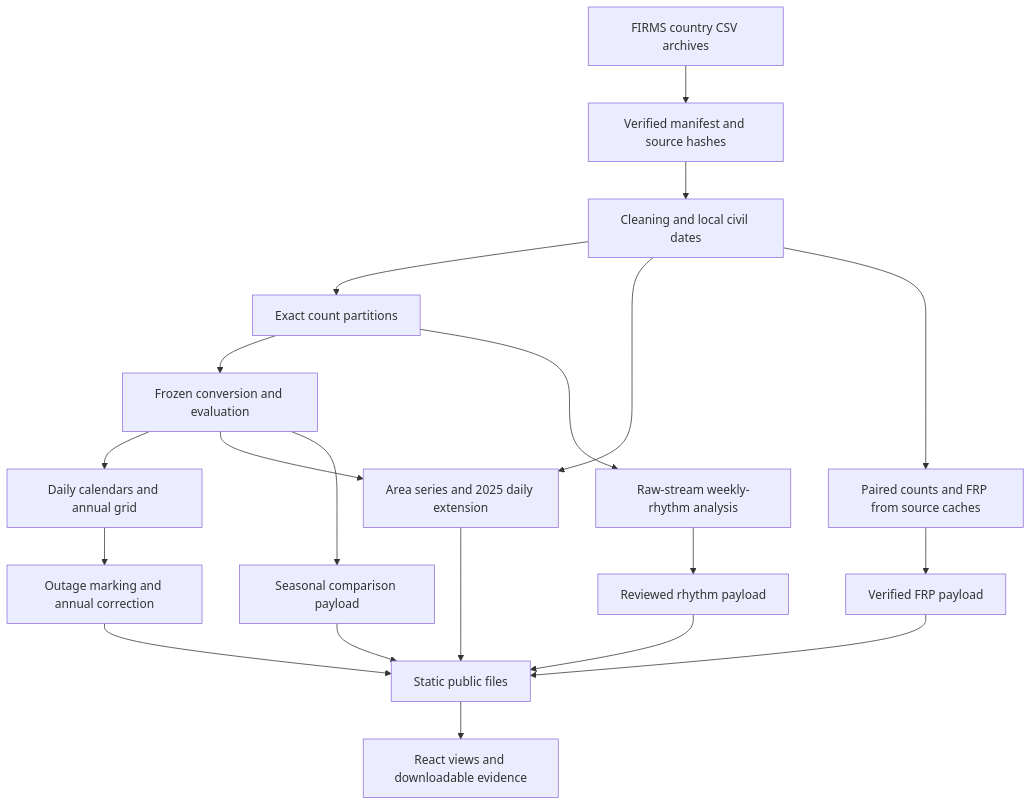
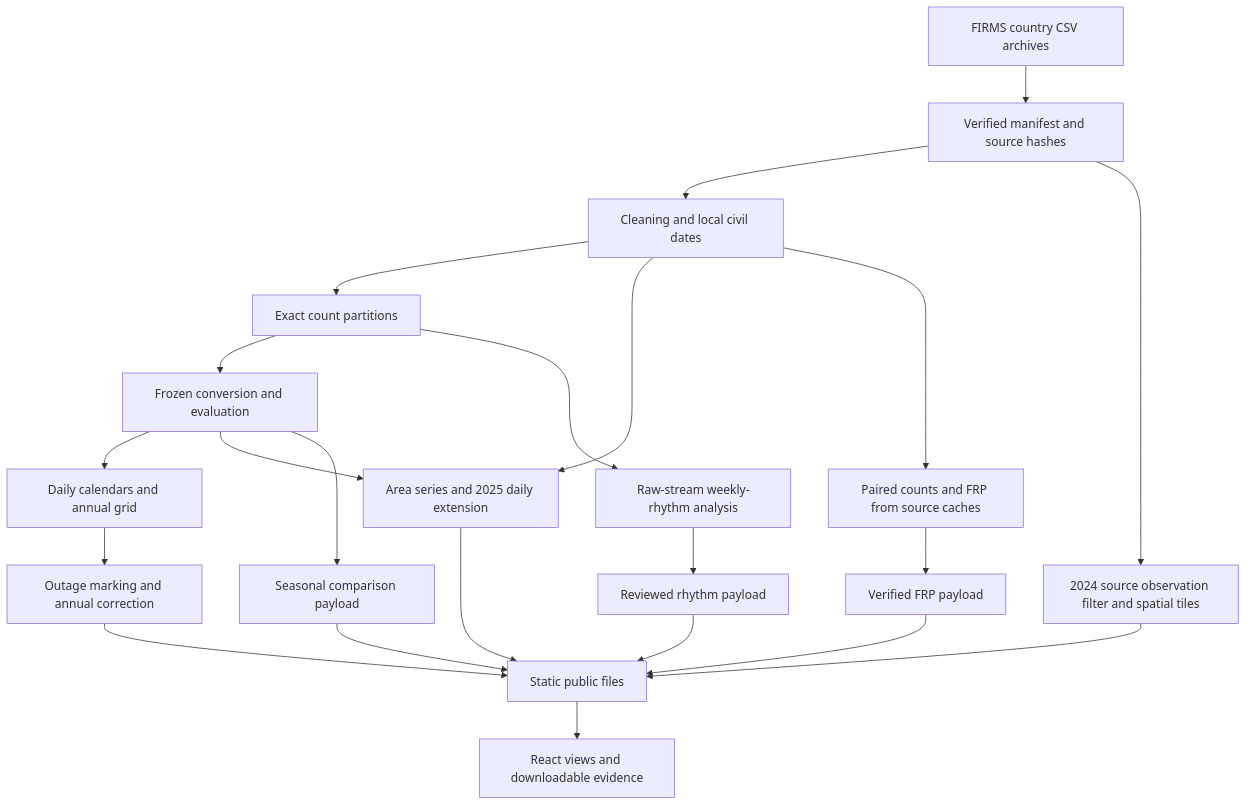
The diagram in docs/06-architecture.md (Water-Mal0ne/CINDERLINE), drawn with Mermaid before and after one commit. The commit also changed other lines of this file and 6 other files, not shown here.

````diff
--- a/docs/06-architecture.md
+++ b/docs/06-architecture.md
@@ -7,22 +7,24 @@
 ```mermaid
 flowchart TD
   A[FIRMS country CSV archives] --> B[Verified manifest and source hashes]
   B --> C[Cleaning and local civil dates]
   C --> D[Exact count partitions]
   D --> E[Frozen conversion and evaluation]
   E --> F[Daily calendars and annual grid]
   D --> G[Raw-stream weekly-rhythm analysis]
   E --> H[Area series and 2025 daily extension]
   C --> H
   F --> I[Outage marking and annual correction]
   G --> J[Reviewed rhythm payload]
   C --> P[Paired counts and FRP from source caches]
   P --> Q[Verified FRP payload]
   E --> K[Seasonal comparison payload]
   H --> L[Static public files]
   I --> L
   J --> L
   Q --> L
   K --> L
+  B --> R[2024 source observation filter and spatial tiles]
+  R --> L
   L --> M[React views and downloadable evidence]
 ```
````
